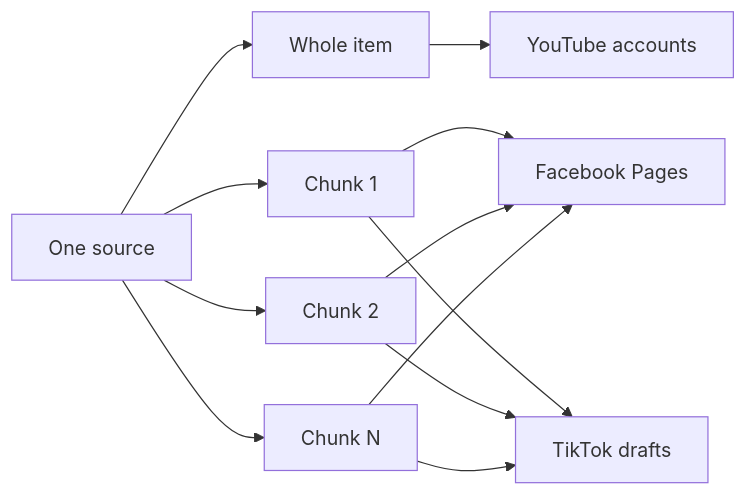
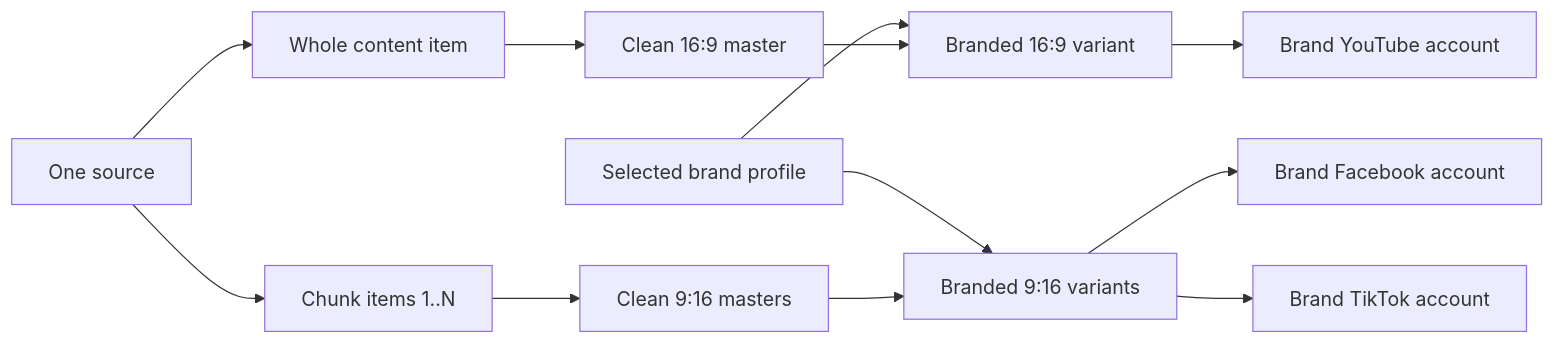
The diagram in features/_shared/delivery_contract.md (quyen244/free-scheduler), drawn with Mermaid before and after one commit. The commit also changed other lines of this file and 25 other files, not shown here.

````diff
--- a/features/_shared/delivery_contract.md
+++ b/features/_shared/delivery_contract.md
@@ -34,14 +28,14 @@
 ```mermaid
 flowchart LR
-    S[One source] --> W[Whole item]
-    S --> C1[Chunk 1]
-    S --> C2[Chunk 2]
-    S --> CN[Chunk N]
-    W --> Y[YouTube accounts]
-    C1 --> F[Facebook Pages]
-    C2 --> F
-    CN --> F
-    C1 --> T[TikTok drafts]
-    C2 --> T
-    CN --> T
+    S[One source] --> W[Whole content item]
+    S --> C[Chunk items 1..N]
+    W --> WM[Clean 16:9 master]
+    C --> VM[Clean 9:16 masters]
+    B[Selected brand profile] --> YB[Branded 16:9 variant]
+    B --> VB[Branded 9:16 variants]
+    WM --> YB
+    VM --> VB
+    YB --> Y[Brand YouTube account]
+    VB --> F[Brand Facebook account]
+    VB --> T[Brand TikTok account]
 ```
````
